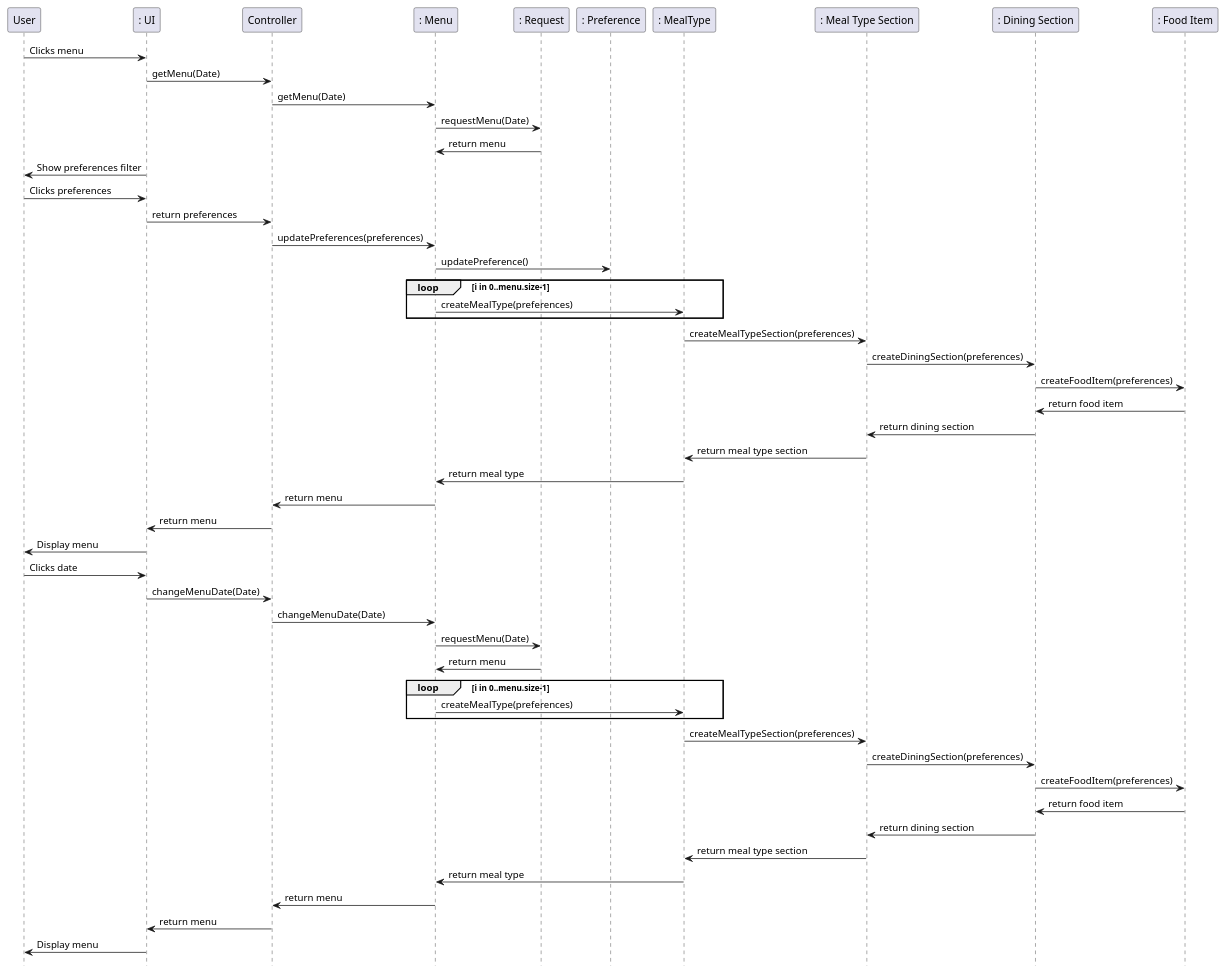
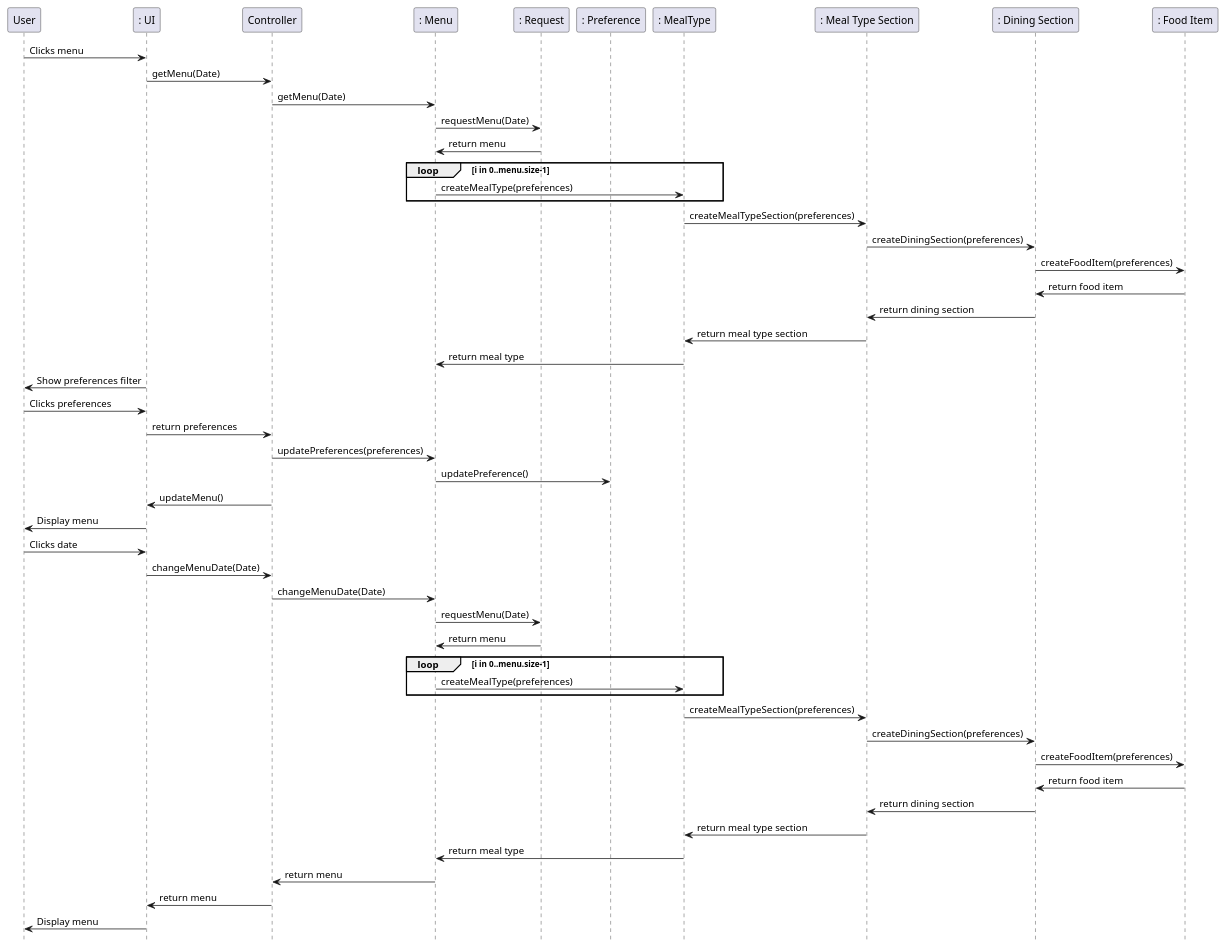
The second of 2 diagrams in intellij/doc/use-cases/use-case-browse.md (EzekielEkanem/team-1d), drawn with PlantUML before and after one commit. The commit also changed 1 other file, not shown here.

Commit message:
Updated browse and preference sequence diagrams to reflect that multiple preferences are no longer created and that the menu get preference enums from the selectpreferenceview

````diff
--- a/intellij/doc/use-cases/use-case-browse.md
+++ b/intellij/doc/use-cases/use-case-browse.md
@@ -81,65 +81,65 @@
 ```plantuml
 Sequence diagrams: messages
 @startuml
 hide footbox
 
 participant "User" as user
 participant ": UI" as ui
 participant "Controller" as controller
 participant ": Menu" as menu
 participant ": Request" as request
 participant ": Preference" as preference
 participant ": MealType" as meal_t
 participant ": Meal Type Section" as meal_t_s
 participant ": Dining Section" as d_s
 participant ": Food Item" as food_item
 
 user -> ui : Clicks menu
 ui -> controller : getMenu(Date)
 controller -> menu : getMenu(Date)
 menu -> request : requestMenu(Date)
 request -> menu : return menu
-ui -> user : Show preferences filter
-user -> ui : Clicks preferences
-ui -> controller : return preferences
-controller -> menu : updatePreferences(preferences)
-menu -> preference : updatePreference()
 loop i in 0..menu.size-1
     menu -> meal_t : createMealType(preferences)
 end
 meal_t -> meal_t_s : createMealTypeSection(preferences)
 meal_t_s -> d_s : createDiningSection(preferences)
 d_s -> food_item : createFoodItem(preferences)
 food_item -> d_s : return food item
 d_s -> meal_t_s : return dining section
 meal_t_s -> meal_t : return meal type section
 meal_t -> menu : return meal type
-menu -> controller : return menu
-controller -> ui : return menu
+ui -> user : Show preferences filter
+
+user -> ui : Clicks preferences
+ui -> controller : return preferences
+controller -> menu : updatePreferences(preferences)
+menu -> preference : updatePreference()
+controller -> ui : updateMenu()
 ui -> user : Display menu
 
 user -> ui : Clicks date
 ui -> controller : changeMenuDate(Date)
 controller -> menu : changeMenuDate(Date)
 menu -> request : requestMenu(Date)
 request -> menu : return menu
 loop i in 0..menu.size-1
     menu -> meal_t : createMealType(preferences)
 end
 meal_t -> meal_t_s : createMealTypeSection(preferences)
 meal_t_s -> d_s : createDiningSection(preferences)
 d_s -> food_item : createFoodItem(preferences)
 food_item -> d_s : return food item
 d_s -> meal_t_s : return dining section
 meal_t_s -> meal_t : return meal type section
 meal_t -> menu : return meal type
 menu -> controller : return menu
 controller -> ui : return menu
 ui -> user : Display menu
 
 
 
 
 
 @enduml
 ```
````
